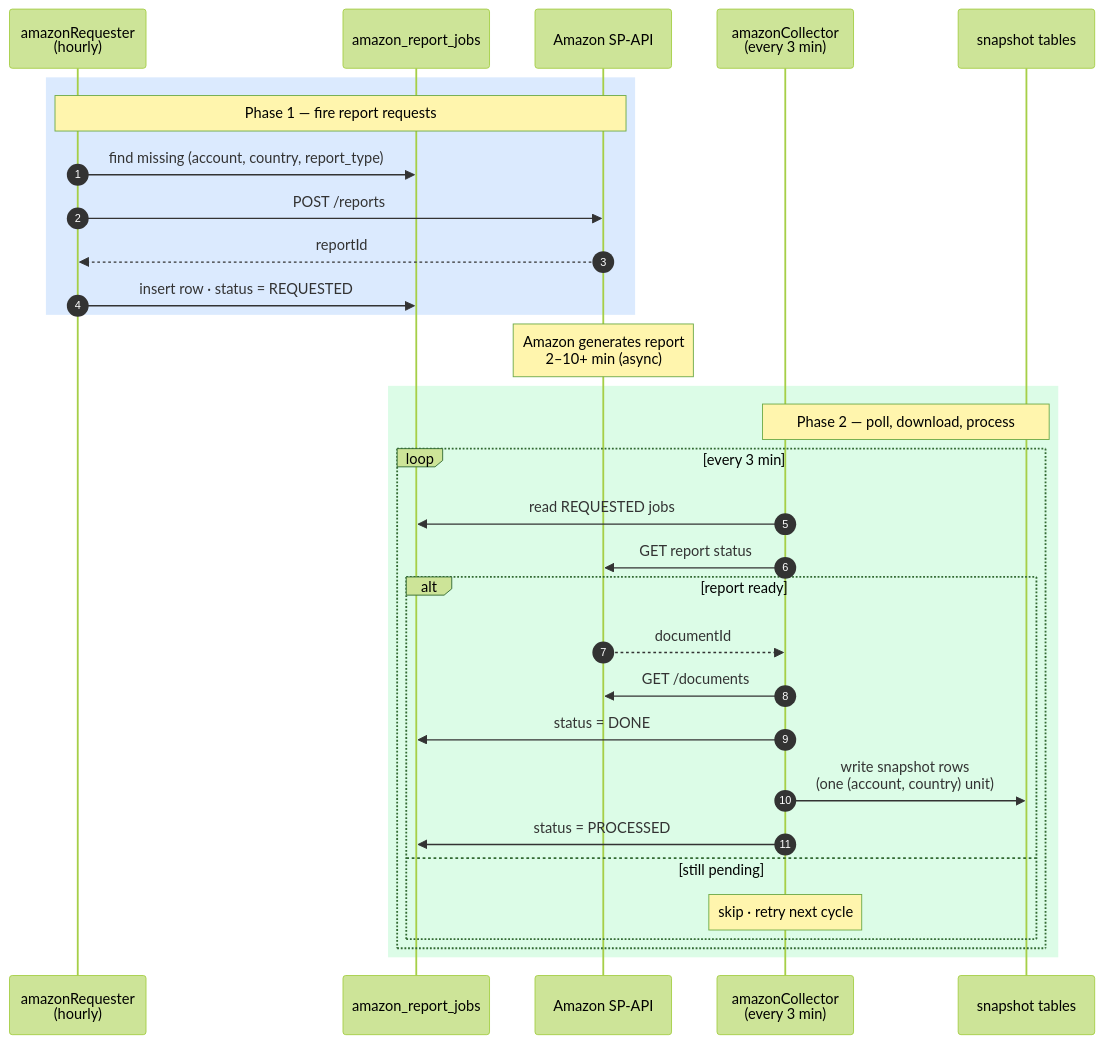
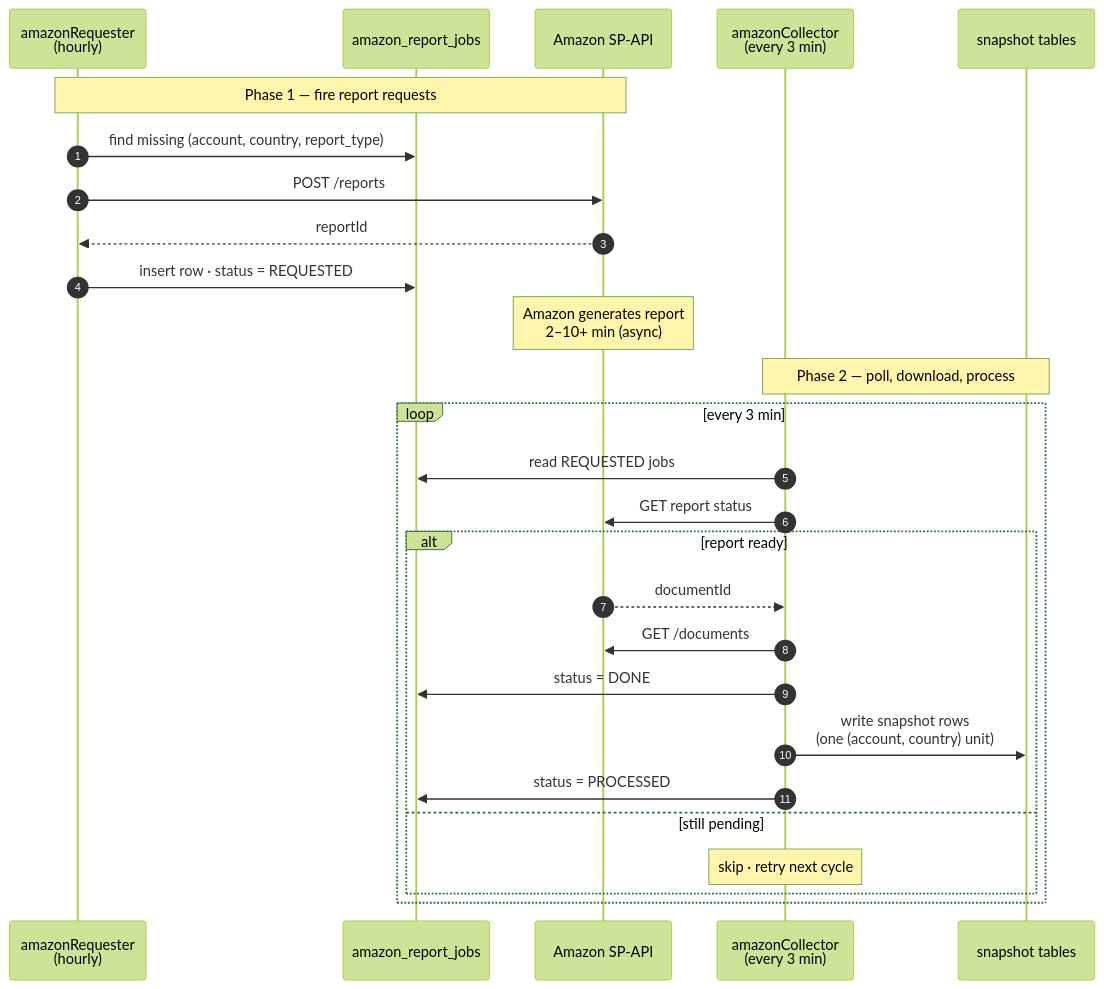
One commit to Built-form/shipping changed the second of 4 diagrams in README.md. Above: the diagram before and after it, drawn with Mermaid (forest theme). The commit also changed other lines of this file, not shown here.

````diff
--- a/README.md
+++ b/README.md
@@ -82,36 +72,32 @@
 ```mermaid
 sequenceDiagram
     autonumber
     participant R as amazonRequester<br/>(hourly)
     participant J as amazon_report_jobs
     participant SP as Amazon SP-API
     participant C as amazonCollector<br/>(every 3 min)
     participant DB as snapshot tables
 
-    rect rgb(219, 234, 254)
     Note over R,SP: Phase 1 — fire report requests
     R->>J: find missing (account, country, report_type)
     R->>SP: POST /reports
     SP-->>R: reportId
     R->>J: insert row · status = REQUESTED
-    end
 
     Note over SP: Amazon generates report<br/>2–10+ min (async)
 
-    rect rgb(220, 252, 231)
     Note over C,DB: Phase 2 — poll, download, process
     loop every 3 min
         C->>J: read REQUESTED jobs
         C->>SP: GET report status
         alt report ready
             SP-->>C: documentId
             C->>SP: GET /documents
             C->>J: status = DONE
             C->>DB: write snapshot rows<br/>(one (account, country) unit)
             C->>J: status = PROCESSED
         else still pending
             Note over C: skip · retry next cycle
         end
     end
-    end
 ```
````
